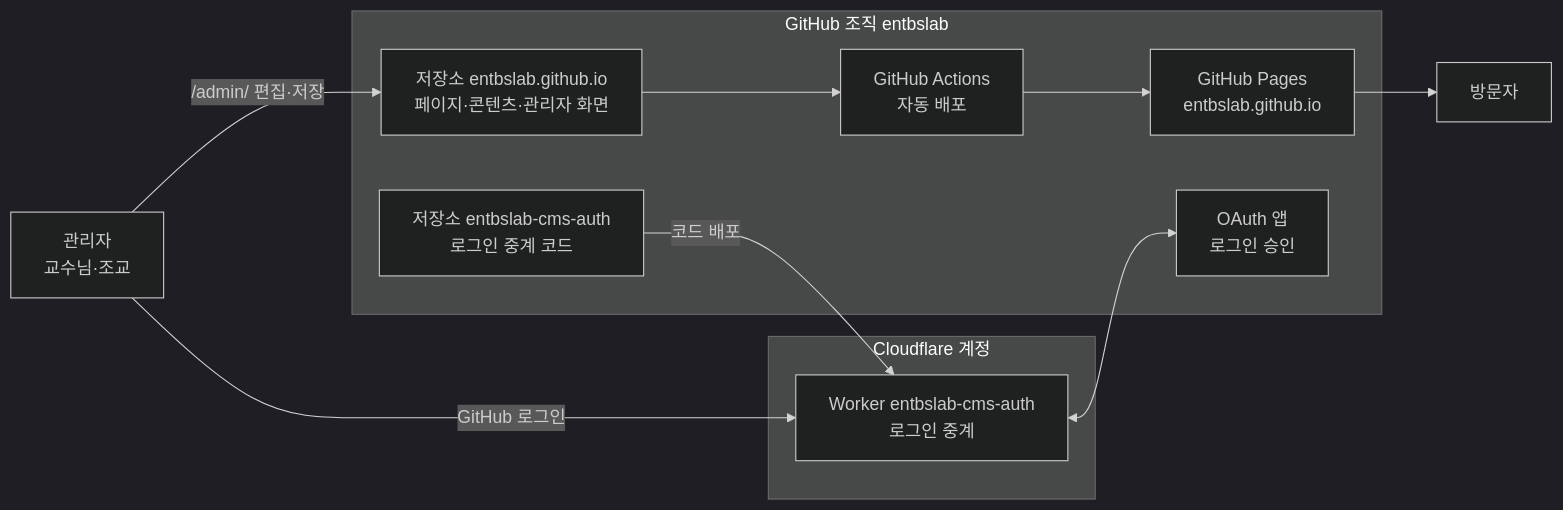
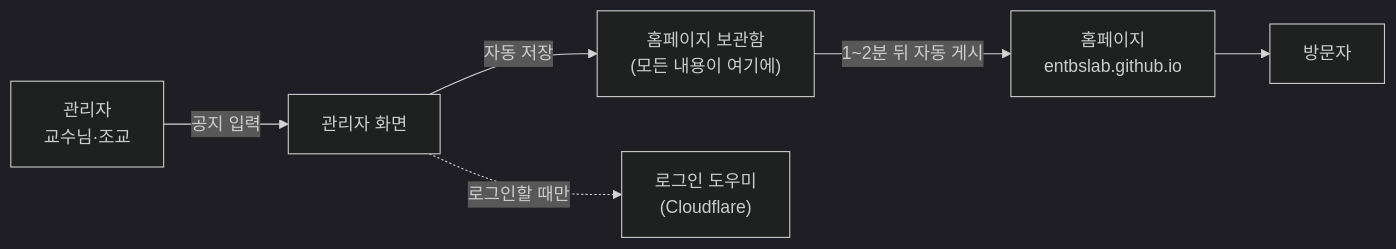
The first of 4 diagrams in docs/HANDOVER.md (entbslab/entbslab.github.io), drawn with Mermaid (dark theme) before and after one commit. The commit also changed other lines of this file, not shown here.

````diff
--- a/docs/HANDOVER.md
+++ b/docs/HANDOVER.md
@@ -14,20 +28,8 @@
 ```mermaid
 flowchart LR
-  V["방문자"]
-  A["관리자<br/>교수님·조교"]
-  subgraph GH["GitHub 조직 entbslab"]
-    R1["저장소 entbslab.github.io<br/>페이지·콘텐츠·관리자 화면"]
-    ACT["GitHub Actions<br/>자동 배포"]
-    PG["GitHub Pages<br/>entbslab.github.io"]
-    OA["OAuth 앱<br/>로그인 승인"]
-    R2["저장소 entbslab-cms-auth<br/>로그인 중계 코드"]
-  end
-  subgraph CF["Cloudflare 계정"]
-    W["Worker entbslab-cms-auth<br/>로그인 중계"]
-  end
-  R1 --> ACT --> PG --> V
-  A -->|"/admin/ 편집·저장"| R1
-  A -->|"GitHub 로그인"| W
-  W <--> OA
-  R2 -->|"코드 배포"| W
+  A["관리자<br/>교수님·조교"] -->|"공지 입력"| B["관리자 화면"]
+  B -->|"자동 저장"| C["홈페이지 보관함<br/>(모든 내용이 여기에)"]
+  C -->|"1~2분 뒤 자동 게시"| D["홈페이지<br/>entbslab.github.io"]
+  D --> E["방문자"]
+  B -.->|"로그인할 때만"| F["로그인 도우미<br/>(Cloudflare)"]
 ```
````
